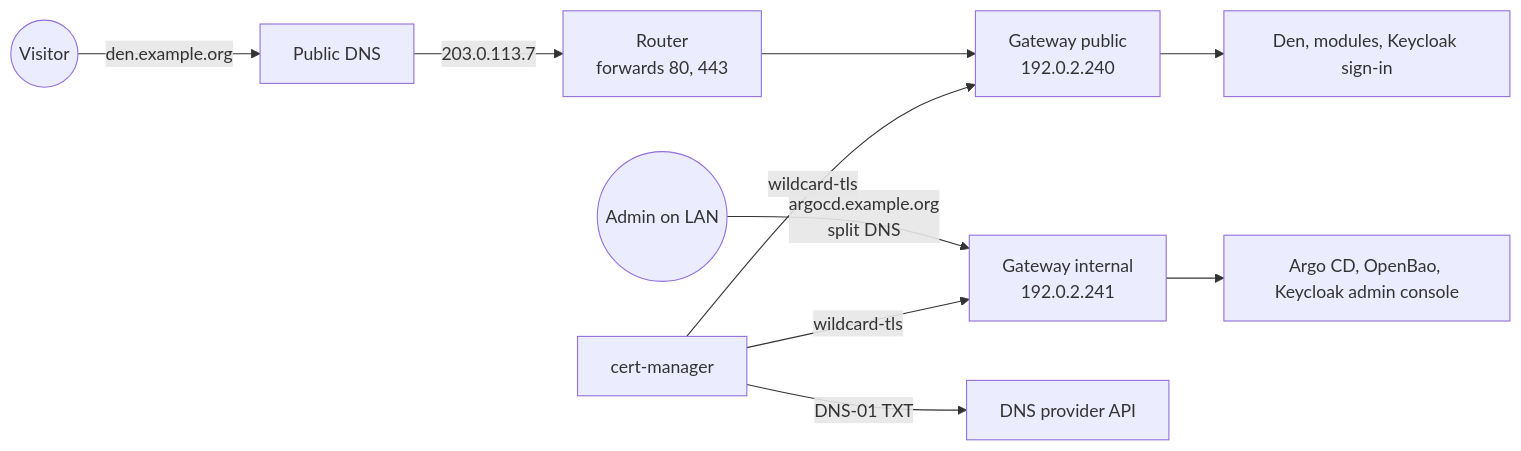
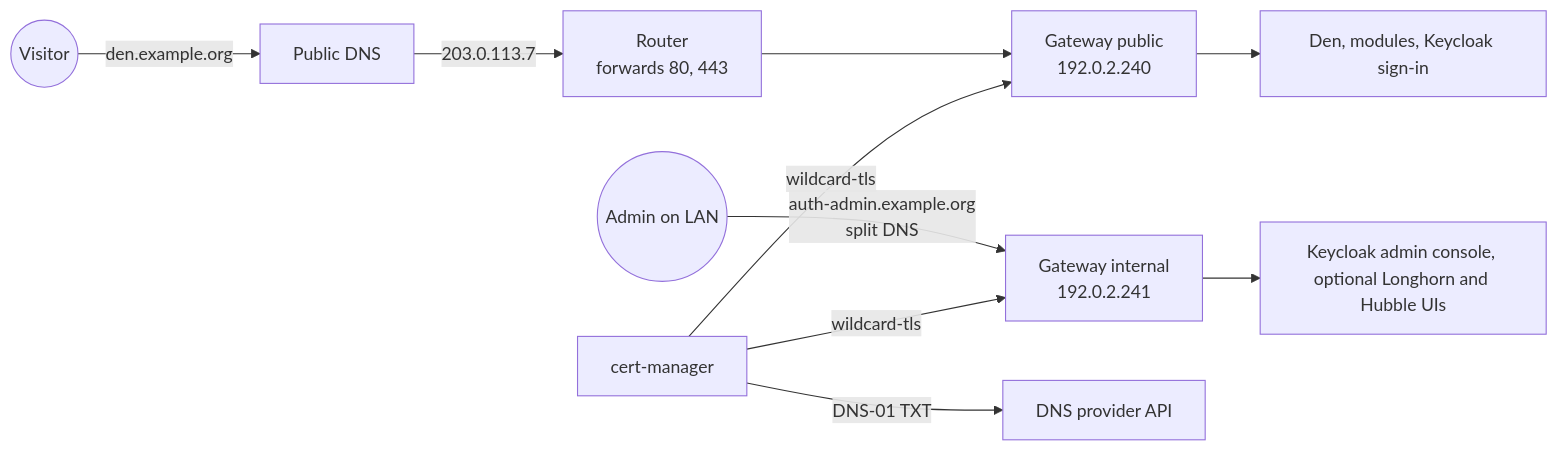
The diagram in docs/deploy/dns-and-certificates.md (AGlElectronics/con-services), drawn with Mermaid before and after one commit. The commit also changed other lines of this file and 30 other files, not shown here.

````diff
--- a/docs/deploy/dns-and-certificates.md
+++ b/docs/deploy/dns-and-certificates.md
@@ -38,12 +38,12 @@
 ```mermaid
 flowchart LR
     user((Visitor)) -->|den.example.org| dns[Public DNS]
     dns -->|203.0.113.7| router[Router<br/>forwards 80, 443]
     router --> pub[Gateway public<br/>192.0.2.240]
-    admin((Admin on LAN)) -->|argocd.example.org<br/>split DNS| int[Gateway internal<br/>192.0.2.241]
+    admin((Admin on LAN)) -->|auth-admin.example.org<br/>split DNS| int[Gateway internal<br/>192.0.2.241]
     pub --> apps[Den, modules, Keycloak sign-in]
-    int --> tools[Argo CD, OpenBao, Keycloak admin console]
+    int --> tools[Keycloak admin console, optional Longhorn and Hubble UIs]
     cm[cert-manager] -->|DNS-01 TXT| api[DNS provider API]
     cm -->|wildcard-tls| pub
     cm -->|wildcard-tls| int
 ```
````
